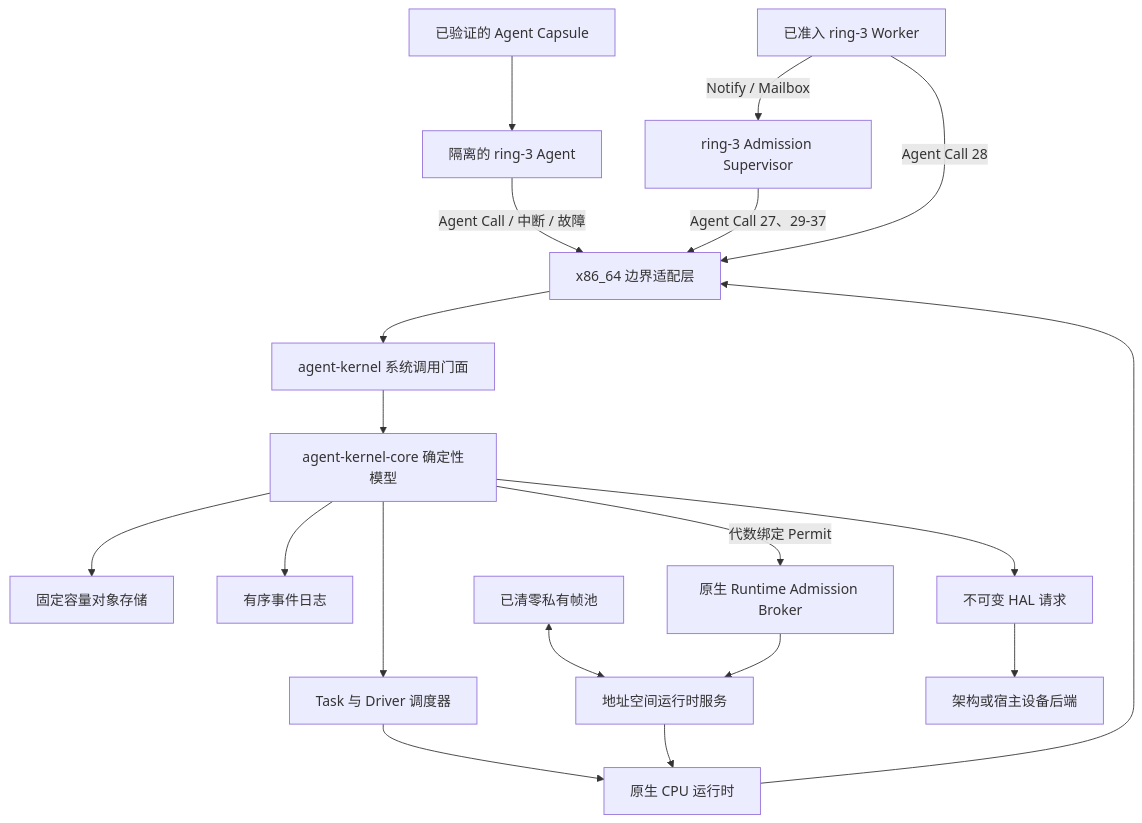
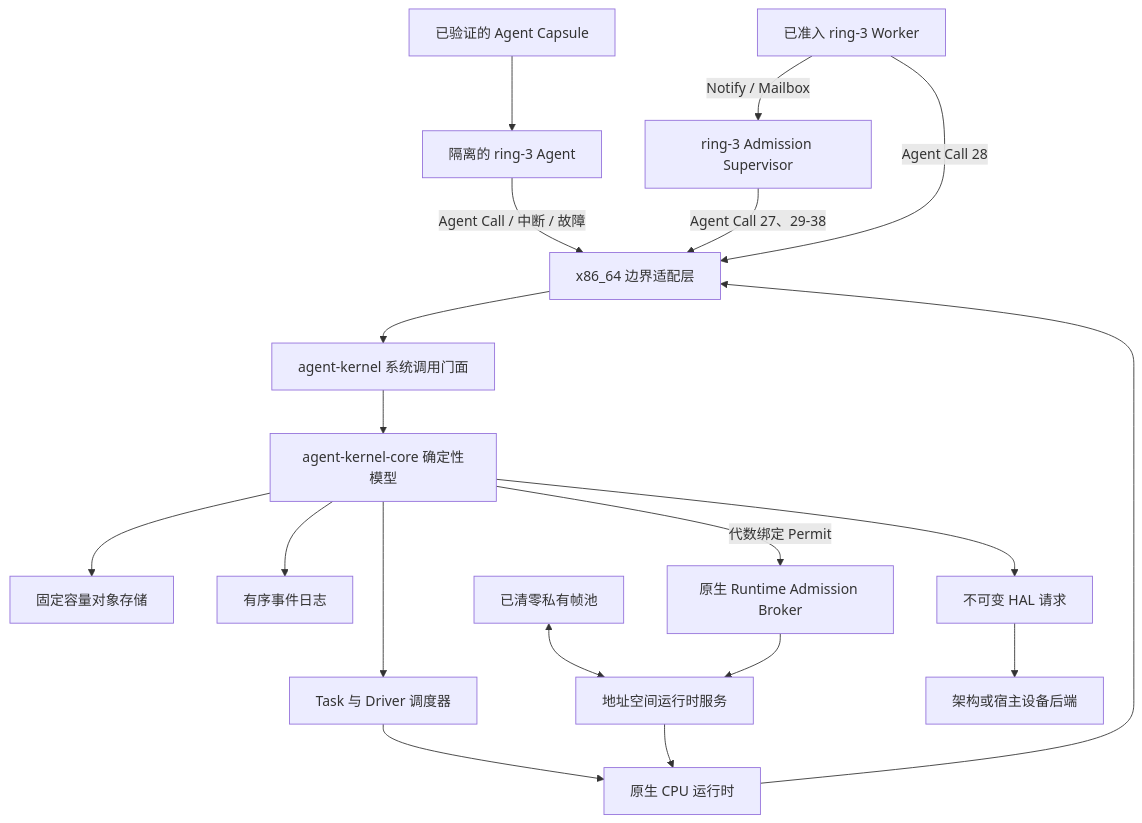
One commit to Evan-master/agent-kernel changed the diagram in README.zh-CN.md. Above: the diagram before and after it, drawn with Mermaid. The commit also changed other lines of this file and 59 other files, not shown here.

````diff
--- a/README.zh-CN.md
+++ b/README.zh-CN.md
@@ -209,21 +220,21 @@
 ```mermaid
 flowchart TB
     Capsule["已验证的 Agent Capsule"] --> Ring3["隔离的 ring-3 Agent"]
     Ring3 -->|"Agent Call / 中断 / 故障"| X86["x86_64 边界适配层"]
     X86 --> Facade["agent-kernel 系统调用门面"]
     Facade --> Core["agent-kernel-core 确定性模型"]
     Core --> Stores["固定容量对象存储"]
     Core --> Events["有序事件日志"]
     Core --> Scheduler["Task 与 Driver 调度器"]
     Scheduler --> Runtime["原生 CPU 运行时"]
     Runtime --> X86
     FramePool["已清零私有帧池"] <--> AddressService["地址空间运行时服务"]
     Broker["原生 Runtime Admission Broker"] --> AddressService
     Core -->|"代数绑定 Permit"| Broker
     AddressService --> Runtime
     Core --> HAL["不可变 HAL 请求"]
     HAL --> Device["架构或宿主设备后端"]
-    Supervisor["ring-3 Admission Supervisor"] -->|"Agent Call 27、29-37"| X86
+    Supervisor["ring-3 Admission Supervisor"] -->|"Agent Call 27、29-38"| X86
     Workers["已准入 ring-3 Worker"] -->|"Agent Call 28"| X86
     Workers -->|"Notify / Mailbox"| Supervisor
 ```
````
